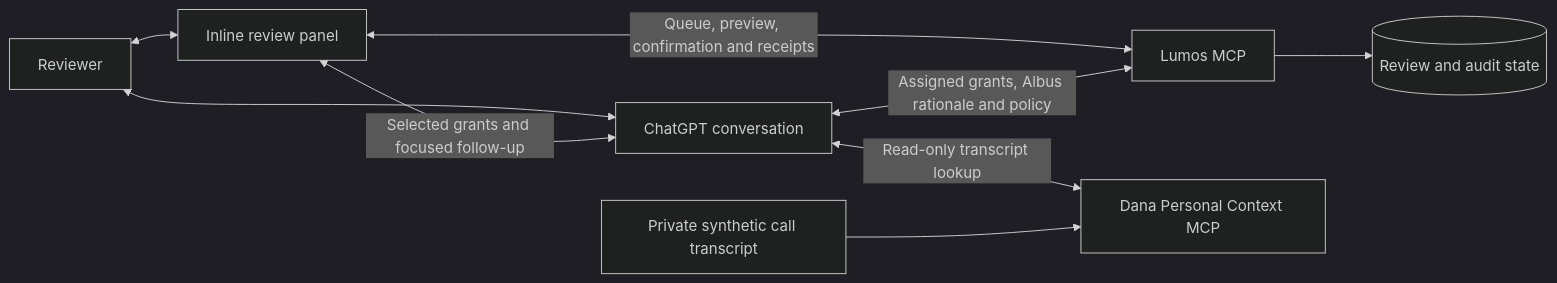
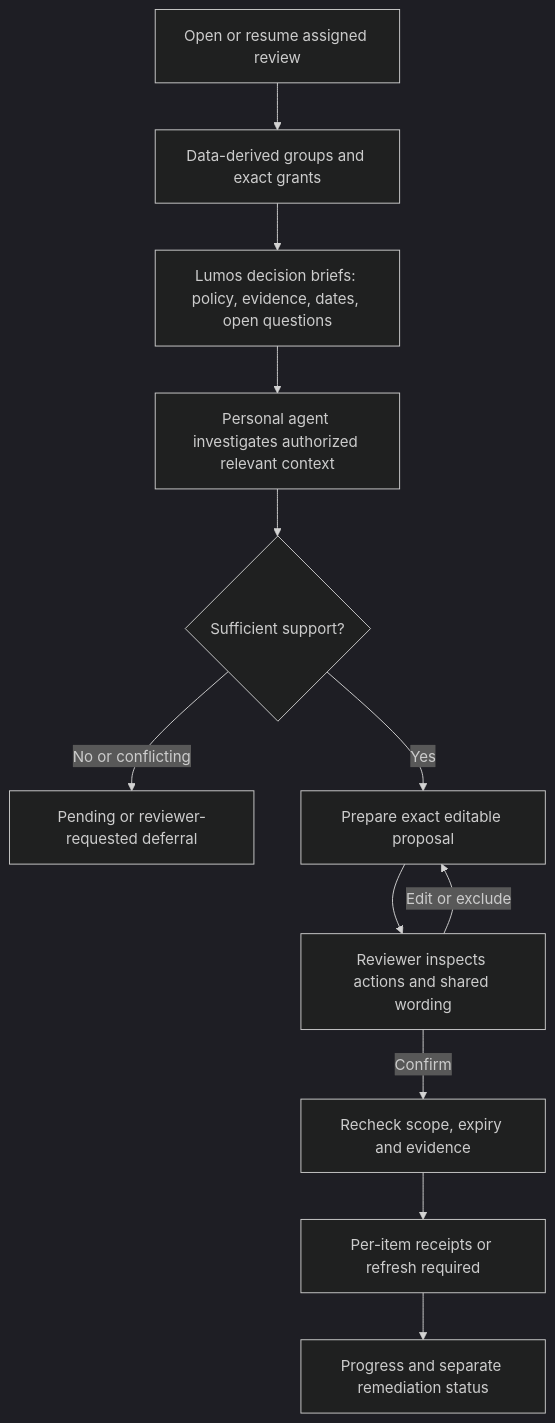
The diagram in docs/diagrams.md (BlakeB-PM/lumos-review-demo), drawn with Mermaid (dark theme) before and after one commit. The commit also changed other lines of this file and 22 other files, not shown here.

Commit message:
Build a batch-first Lumos access review workflow

````diff
--- a/docs/diagrams.md
+++ b/docs/diagrams.md
@@ -3,11 +3,14 @@
-~~~mermaid
-flowchart LR
-    H[Reviewer] <--> U[Inline review panel]
-    H <--> C[ChatGPT conversation]
-    U <-->|Selected grants and focused follow-up| C
-    U <-->|Queue, preview, confirmation and receipts| S[Lumos MCP]
-    C <-->|Assigned grants, Albus rationale and policy| S
-    C <-->|Read-only transcript lookup| P[Dana Personal Context MCP]
-    T[Private synthetic call transcript] --> P
-    S --> D[(Review and audit state)]
-~~~
+```mermaid
+flowchart TD
+  A[Open or resume assigned review] --> B[Data-derived groups and exact grants]
+  B --> C[Lumos decision briefs: policy, evidence, dates, open questions]
+  C --> D[Personal agent investigates authorized relevant context]
+  D --> E{Sufficient support?}
+  E -->|No or conflicting| F[Pending or reviewer-requested deferral]
+  E -->|Yes| G[Prepare exact editable proposal]
+  G --> H[Reviewer inspects actions and shared wording]
+  H -->|Edit or exclude| G
+  H -->|Confirm| I[Recheck scope, expiry and evidence]
+  I --> J[Per-item receipts or refresh required]
+  J --> K[Progress and separate remediation status]
+```
````
